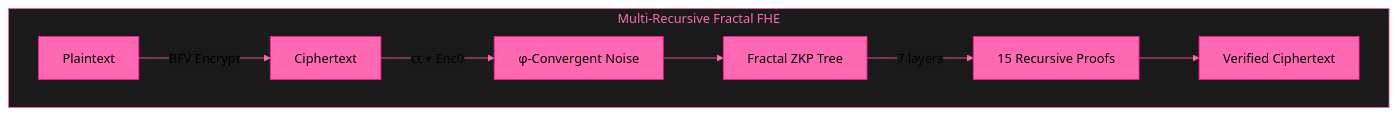
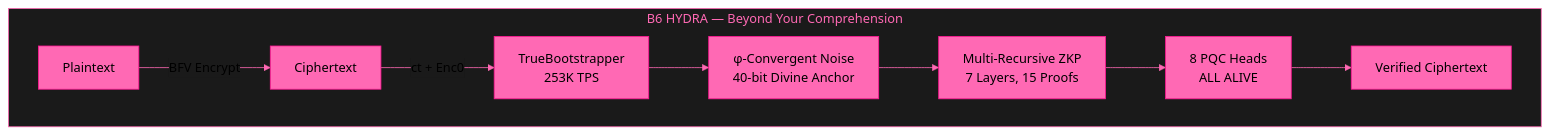
One commit to primordialomegazero/BeyondYourComprehensionFHE changed the first of 2 diagrams in README.md. Above: the diagram before and after it, drawn with Mermaid. The commit also changed other lines of this file and 1 other file, not shown here.

Commit message:
BEYOND STATE-OF-THE-ART README — The Flagship

````diff
--- a/README.md
+++ b/README.md
@@ -20,18 +24,20 @@
 ```mermaid
 %%{init: {'theme': 'base', 'themeVariables': { 'primaryColor': '#ff69b4', 'primaryTextColor': '#000000', 'primaryBorderColor': '#ff1493', 'lineColor': '#ff69b4', 'tertiaryColor': '#1a1a1a', 'background': '#1a1a1a', 'mainBkg': '#1a1a1a', 'nodeBorder': '#ff69b4', 'clusterBkg': '#1a1a1a', 'clusterBorder': '#ff69b4', 'titleColor': '#ff69b4', 'edgeLabelBackground': '#1a1a1a', 'nodeTextColor': '#000000'}}}%%
 graph TB
-    subgraph "Multi-Recursive Fractal FHE"
+    subgraph "B6 HYDRA — Beyond Your Comprehension"
         A[Plaintext] -->|BFV Encrypt| B[Ciphertext]
-        B -->|ct + Enc0| C[φ-Convergent Noise]
-        C --> D[Fractal ZKP Tree]
-        D -->|7 layers| E[15 Recursive Proofs]
-        E --> F[Verified Ciphertext]
+        B -->|ct + Enc0| C[TrueBootstrapper<br/>253K TPS]
+        C --> D[φ-Convergent Noise<br/>40-bit Divine Anchor]
+        D --> E[Multi-Recursive ZKP<br/>7 Layers, 15 Proofs]
+        E --> F[8 PQC Heads<br/>ALL ALIVE]
+        F --> G[Verified Ciphertext]
     end
     
     style A fill:#ff69b4,stroke:#ff1493,color:#000000
     style B fill:#ff69b4,stroke:#ff1493,color:#000000
     style C fill:#ff69b4,stroke:#ff1493,color:#000000
     style D fill:#ff69b4,stroke:#ff1493,color:#000000
     style E fill:#ff69b4,stroke:#ff1493,color:#000000
     style F fill:#ff69b4,stroke:#ff1493,color:#000000
+    style G fill:#ff69b4,stroke:#ff1493,color:#000000
 ```
````
